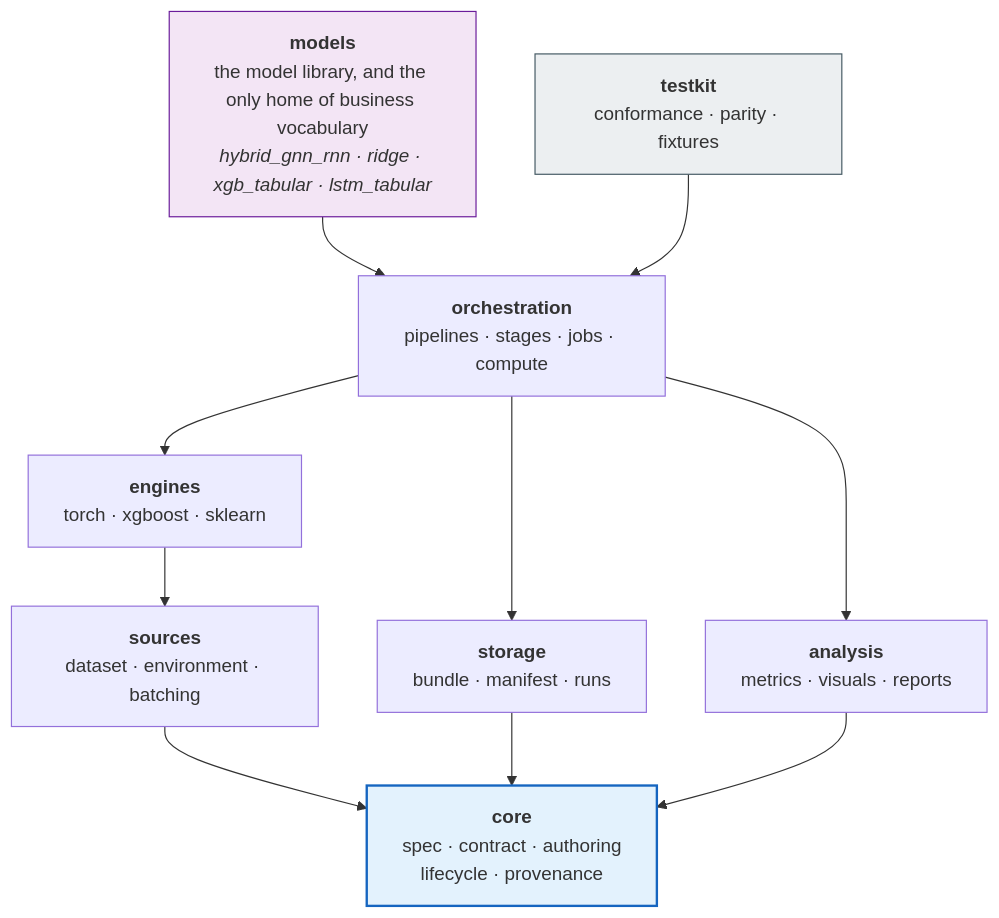
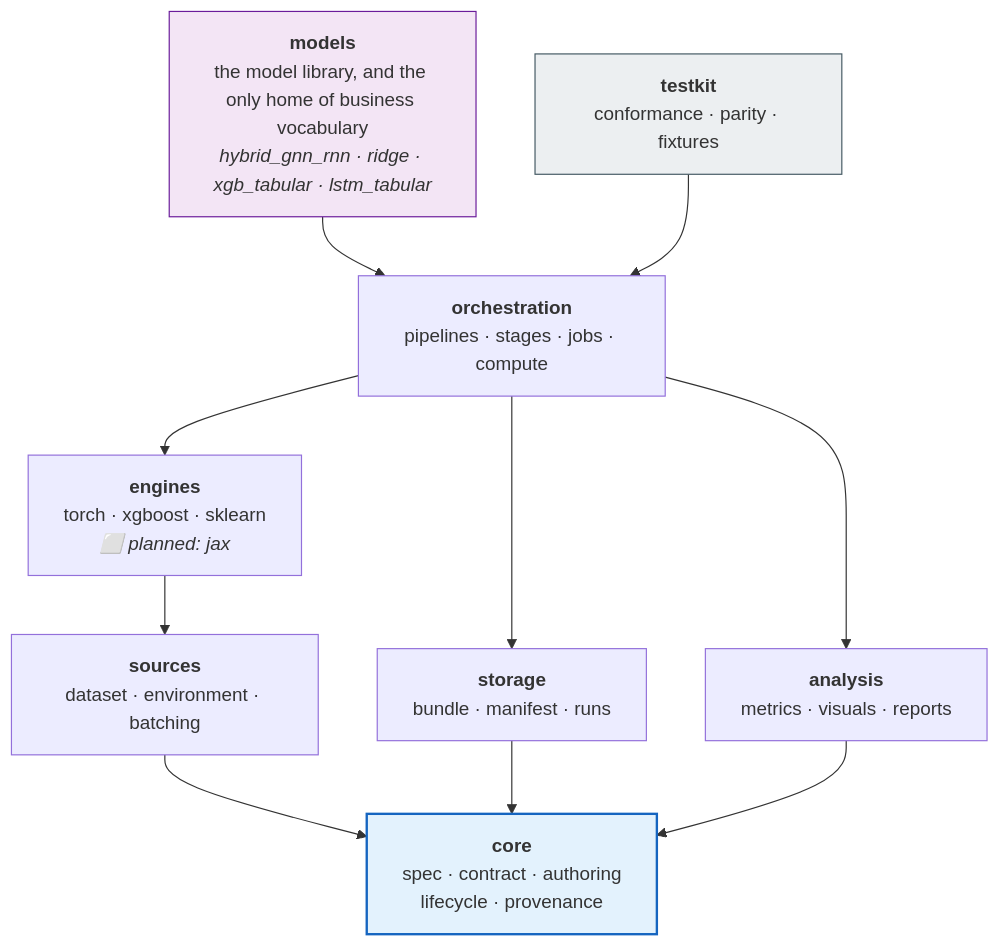
One commit to JStevens95/QuantStrata changed the third of 18 diagrams in src/rade_qnet/docs/ARCHITECTURE.md. Above: the diagram before and after it, drawn with Mermaid. The commit also changed other lines of this file and 2 other files, not shown here.

First line of the commit message:
Bring ARCHITECTURE.md up to date, and mark what is planned

````diff
--- a/src/rade_qnet/docs/ARCHITECTURE.md
+++ b/src/rade_qnet/docs/ARCHITECTURE.md
@@ -112,25 +124,25 @@
 ```mermaid
 flowchart TD
     MODELS["<b>models</b><br/>the model library, and the only home of business vocabulary<br/><i>hybrid_gnn_rnn · ridge · xgb_tabular · lstm_tabular</i>"]
     ORCH["<b>orchestration</b><br/>pipelines · stages · jobs · compute"]
-    ENGINES["<b>engines</b><br/>torch · xgboost · sklearn"]
+    ENGINES["<b>engines</b><br/>torch · xgboost · sklearn<br/><i>⬜ planned: jax</i>"]
     SOURCES["<b>sources</b><br/>dataset · environment · batching"]
     STORAGE["<b>storage</b><br/>bundle · manifest · runs"]
     ANALYSIS["<b>analysis</b><br/>metrics · visuals · reports"]
     CORE["<b>core</b><br/>spec · contract · authoring<br/>lifecycle · provenance"]
     TESTKIT["<b>testkit</b><br/>conformance · parity · fixtures"]
 
     MODELS --> ORCH
     ORCH --> ENGINES
     ORCH --> STORAGE
     ORCH --> ANALYSIS
     ENGINES --> SOURCES
     SOURCES --> CORE
     STORAGE --> CORE
     ANALYSIS --> CORE
     TESTKIT --> ORCH
 
     style CORE fill:#e3f2fd,stroke:#1565c0,stroke-width:2px
     style MODELS fill:#f3e5f5,stroke:#6a1b9a
     style TESTKIT fill:#eceff1,stroke:#455a64
 ```
````
